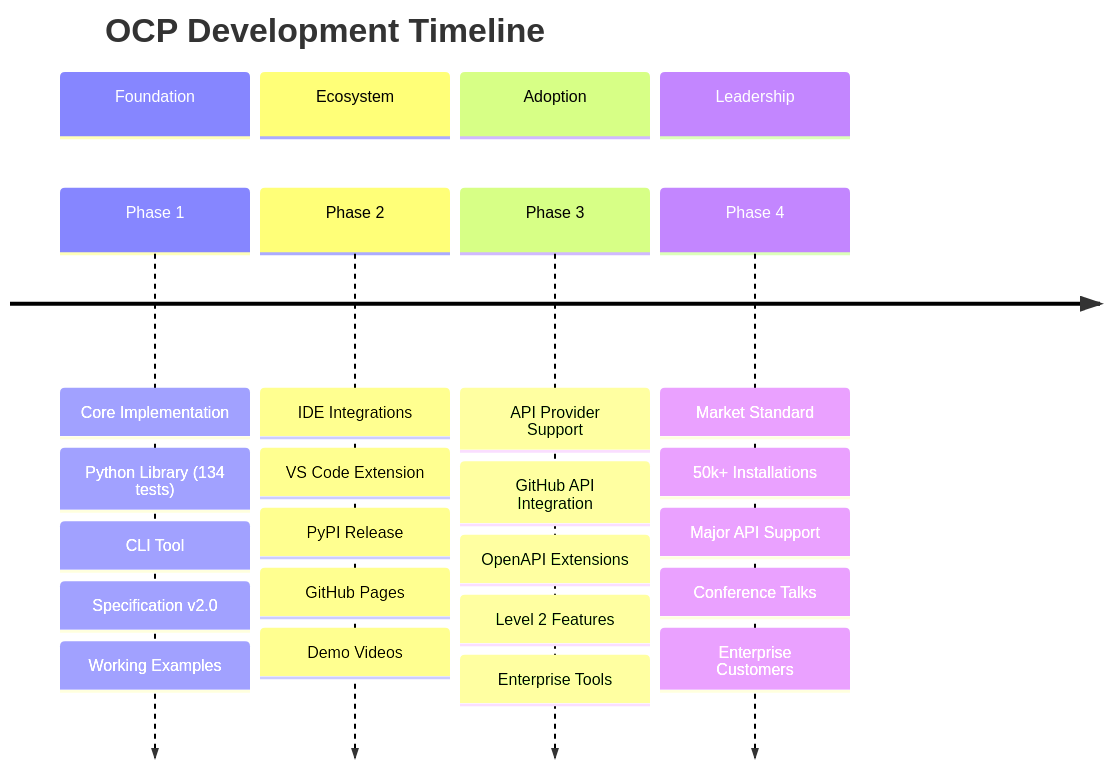
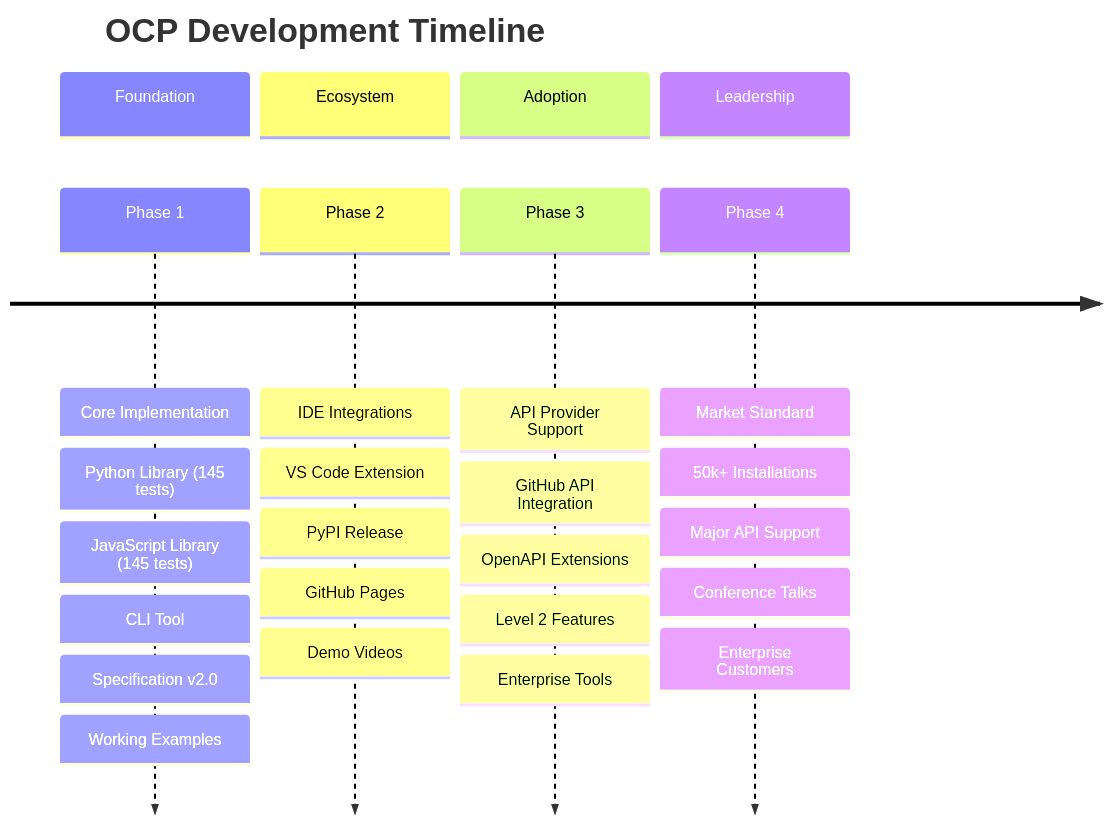
One commit to opencontextprotocol/ocp-spec changed the diagram in ROADMAP.md. Above: the diagram before and after it, drawn with Mermaid. The commit also changed other lines of this file and 1 other file, not shown here.

Commit message:
feat: update context and roadmap for JavaScript library

````diff
--- a/ROADMAP.md
+++ b/ROADMAP.md
@@ -5,32 +5,33 @@
 ```mermaid
 timeline
     title OCP Development Timeline
     
     section Foundation
         Phase 1 : Core Implementation
-               : Python Library (134 tests)
+               : Python Library (145 tests)
+               : JavaScript Library (145 tests)
                : CLI Tool
                : Specification v2.0
                : Working Examples
     
     section Ecosystem
         Phase 2 : IDE Integrations
                : VS Code Extension
                : PyPI Release
                : GitHub Pages
                : Demo Videos
     
     section Adoption  
         Phase 3 : API Provider Support
                : GitHub API Integration
                : OpenAPI Extensions
                : Level 2 Features
                : Enterprise Tools
     
     section Leadership
         Phase 4 : Market Standard
                : 50k+ Installations
                : Major API Support
                : Conference Talks
                : Enterprise Customers
 ```
````
